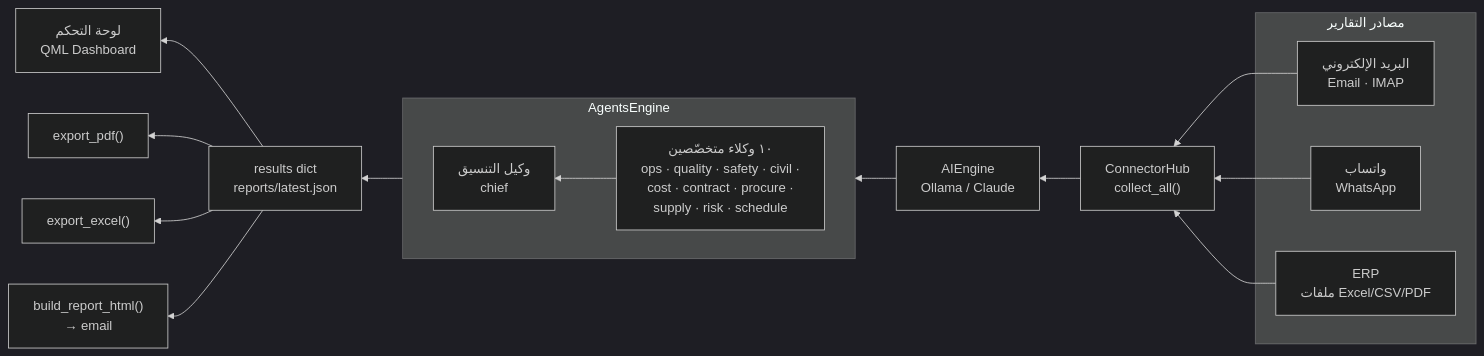
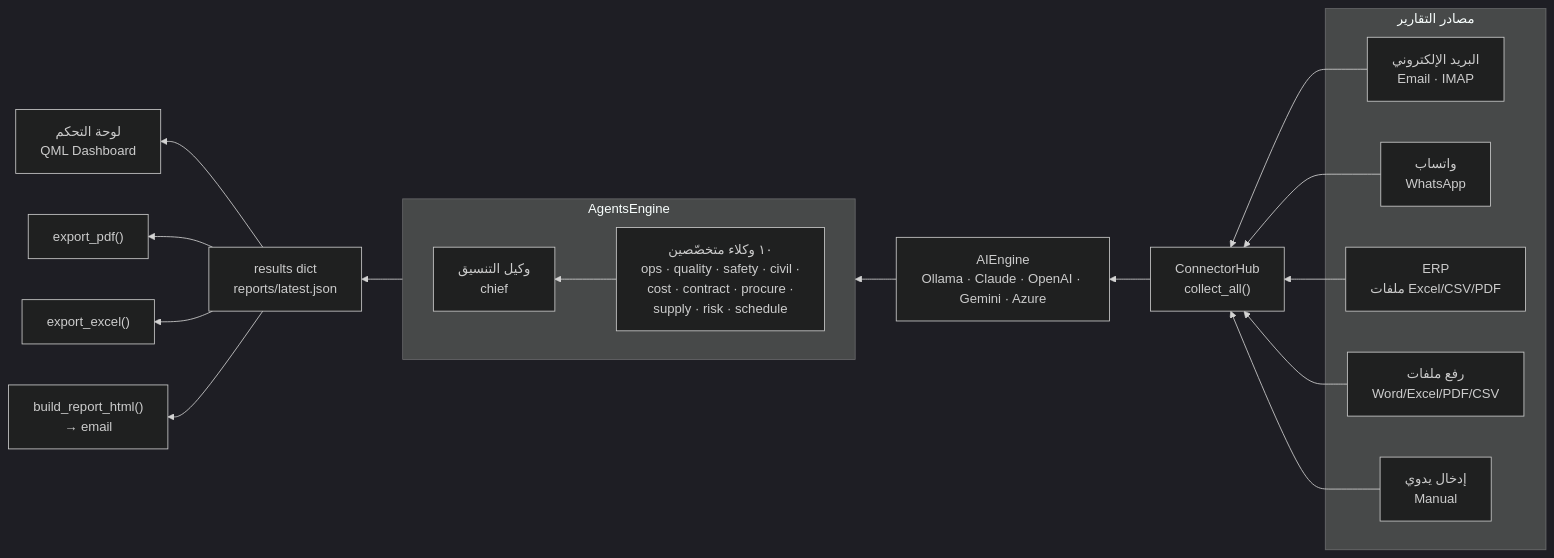
One commit to mohammed3200/marsad changed the diagram in README.md. Above: the diagram before and after it, drawn with Mermaid (dark theme). The commit also changed other lines of this file and 24 other files, not shown here.

````diff
--- a/README.md
+++ b/README.md
@@ -32,26 +48,30 @@
 ```mermaid
 flowchart RL
     subgraph Sources["مصادر التقارير"]
         E["البريد الإلكتروني<br/>Email · IMAP"]
         W["واتساب<br/>WhatsApp"]
         R["ERP<br/>ملفات Excel/CSV/PDF"]
+        U["رفع ملفات<br/>Word/Excel/PDF/CSV"]
+        M["إدخال يدوي<br/>Manual"]
     end
 
     E --> HUB
     W --> HUB
     R --> HUB
+    U --> HUB
+    M --> HUB
     HUB["ConnectorHub<br/>collect_all()"] --> ENG
 
     subgraph Engine["AgentsEngine"]
         direction RL
         WORK["١٠ وكلاء متخصّصين<br/>ops · quality · safety · civil ·<br/>cost · contract · procure ·<br/>supply · risk · schedule"] --> CHIEF["وكيل التنسيق<br/>chief"]
     end
 
-    ENG["AIEngine<br/>Ollama / Claude"] --> Engine
+    ENG["AIEngine<br/>Ollama · Claude · OpenAI · Gemini · Azure"] --> Engine
     CHIEF --> RESULTS["results dict<br/>reports/latest.json"]
 
     RESULTS --> DASH["لوحة التحكم<br/>QML Dashboard"]
     RESULTS --> PDF["export_pdf()"]
     RESULTS --> XLS["export_excel()"]
     RESULTS --> MAIL["build_report_html()<br/>→ email"]
 ```
````
